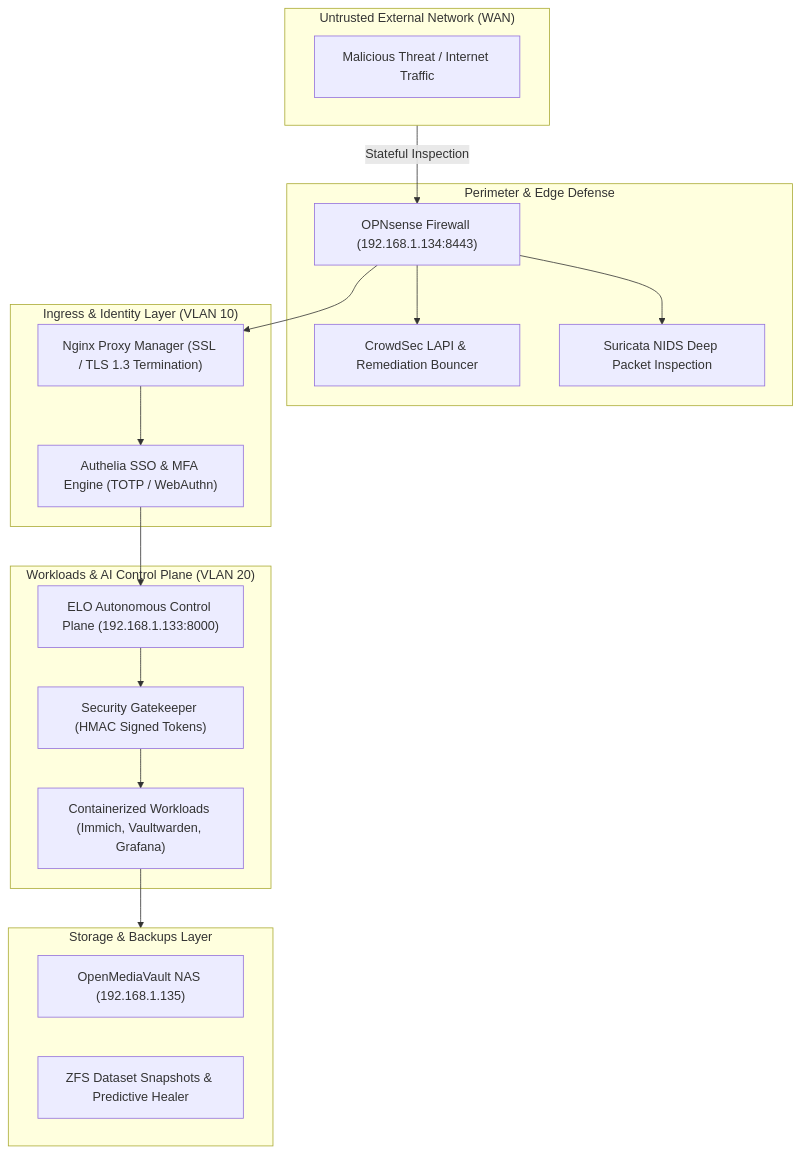
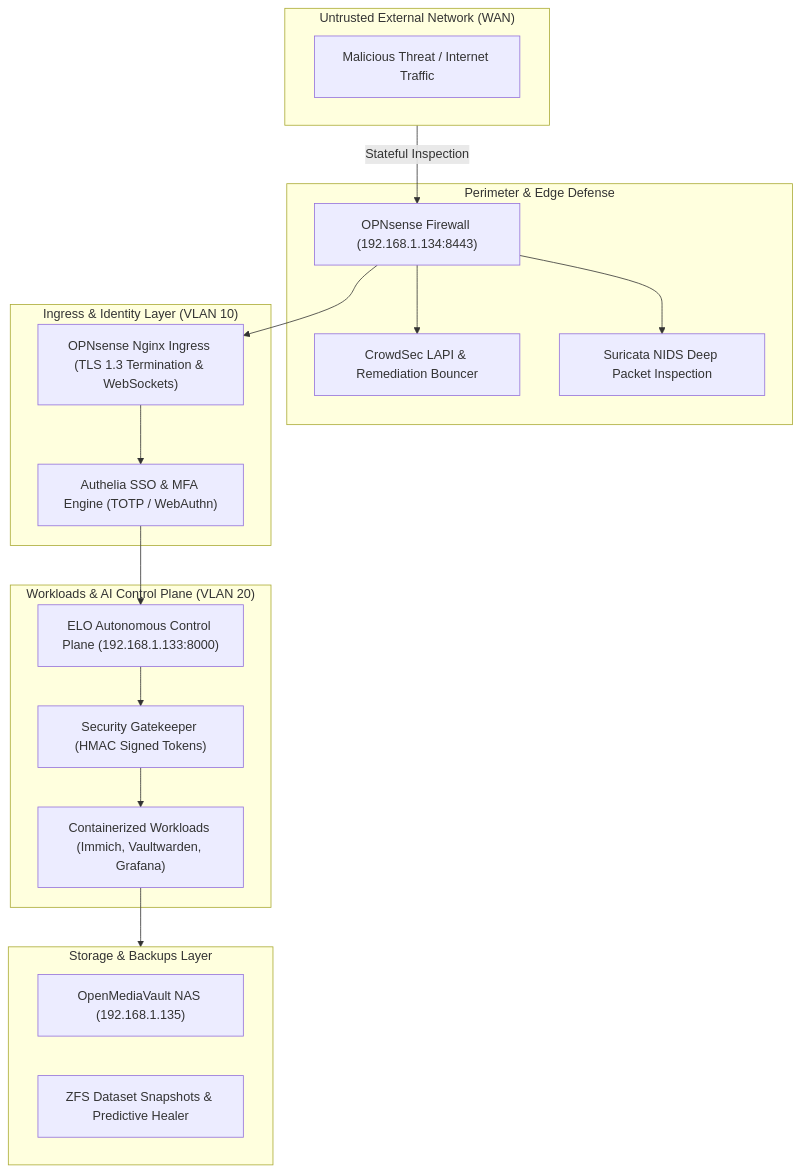
The first of 3 diagrams in SECURITY.md (stefanutc1/datacenter), drawn with Mermaid before and after one commit. The commit also changed 25 other files, not shown here.

First line of the commit message:
feat(ingress): decommission CT 100 and migrate reverse proxy to OPNsense Core

````diff
--- a/SECURITY.md
+++ b/SECURITY.md
@@ -22,38 +22,38 @@
 ```mermaid
 graph TD
     subgraph WAN["Untrusted External Network (WAN)"]
         Attacker["Malicious Threat / Internet Traffic"]
     end
 
     subgraph EDGE["Perimeter & Edge Defense"]
         OPNsense["OPNsense Firewall (192.168.1.134:8443)"]
         CrowdSec["CrowdSec LAPI & Remediation Bouncer"]
         Suricata["Suricata NIDS Deep Packet Inspection"]
     end
 
     subgraph CORE["Ingress & Identity Layer (VLAN 10)"]
-        NPM["Nginx Proxy Manager (SSL / TLS 1.3 Termination)"]
+        NPM["OPNsense Nginx Ingress (TLS 1.3 Termination & WebSockets)"]
         Authelia["Authelia SSO & MFA Engine (TOTP / WebAuthn)"]
     end
 
     subgraph APP["Workloads & AI Control Plane (VLAN 20)"]
         ELO["ELO Autonomous Control Plane (192.168.1.133:8000)"]
         Gatekeeper["Security Gatekeeper (HMAC Signed Tokens)"]
         Services["Containerized Workloads (Immich, Vaultwarden, Grafana)"]
     end
 
     subgraph STORAGE["Storage & Backups Layer"]
         OMV["OpenMediaVault NAS (192.168.1.135)"]
         ZFS["ZFS Dataset Snapshots & Predictive Healer"]
     end
 
     WAN -->|"Stateful Inspection"| OPNsense
     OPNsense --> CrowdSec
     OPNsense --> Suricata
     OPNsense --> NPM
     NPM --> Authelia
     Authelia --> ELO
     ELO --> Gatekeeper
     Gatekeeper --> Services
     Services --> STORAGE
 ```
````
